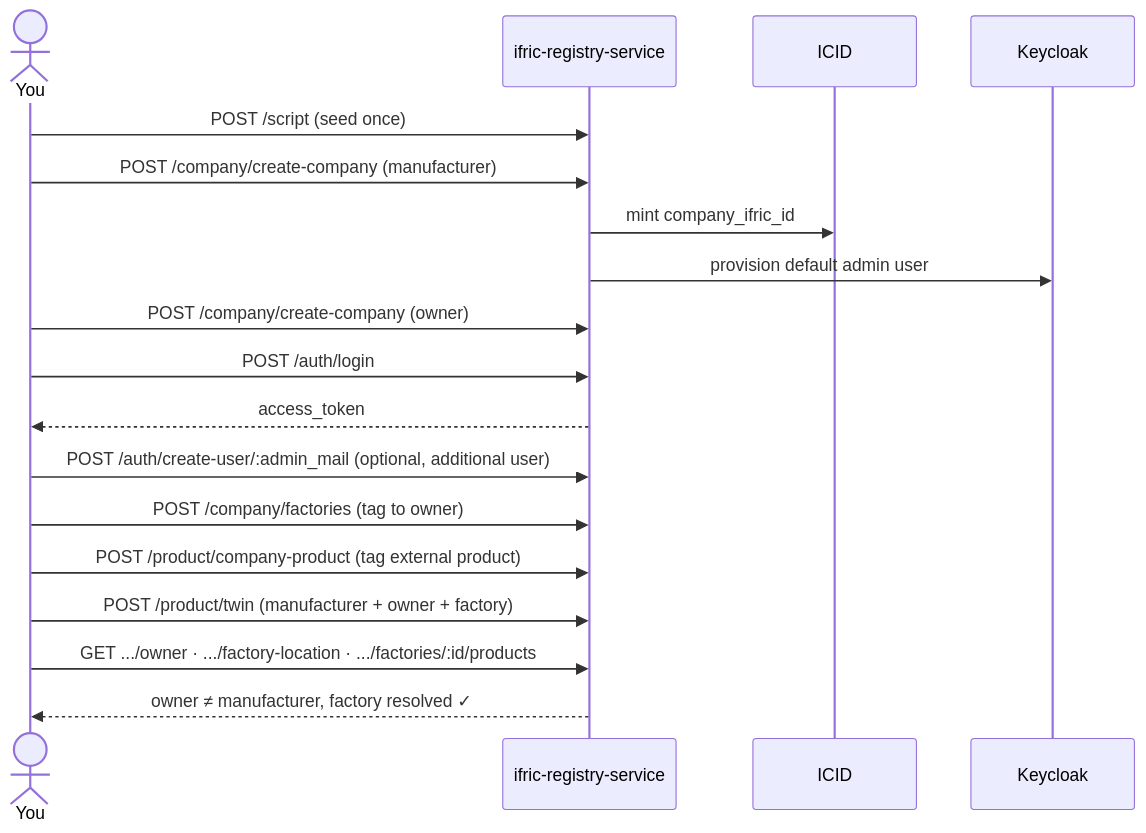
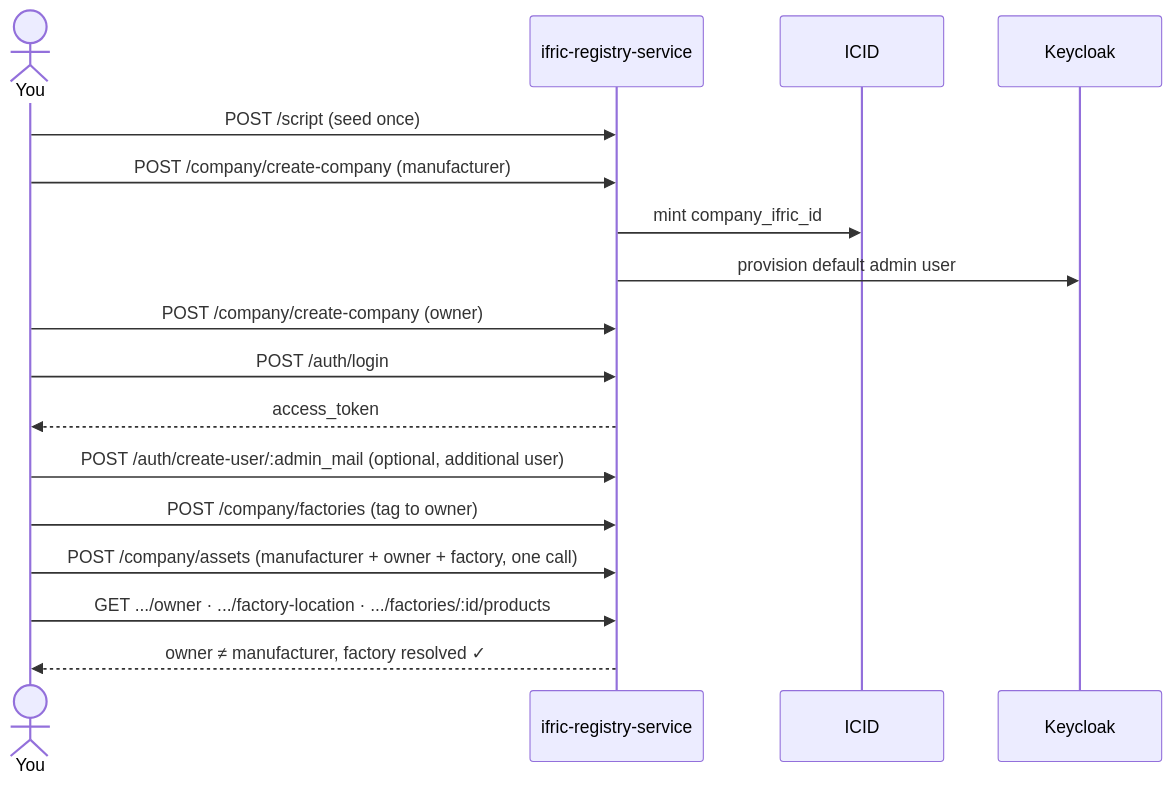
The diagram in README.md (IndustryFusion/ifric-registry-service-oss), drawn with Mermaid before and after one commit. The commit also changed other lines of this file and 35 other files, not shown here.

````diff
--- a/README.md
+++ b/README.md
@@ -125,21 +132,20 @@
 ```mermaid
 sequenceDiagram
     actor You
     participant App as ifric-registry-service
     participant ICID
     participant Keycloak
 
     You->>App: POST /script (seed once)
     You->>App: POST /company/create-company (manufacturer)
     App->>ICID: mint company_ifric_id
     App->>Keycloak: provision default admin user
     You->>App: POST /company/create-company (owner)
     You->>App: POST /auth/login
     App-->>You: access_token
     You->>App: POST /auth/create-user/:admin_mail (optional, additional user)
     You->>App: POST /company/factories (tag to owner)
-    You->>App: POST /product/company-product (tag external product)
-    You->>App: POST /product/twin (manufacturer + owner + factory)
+    You->>App: POST /company/assets (manufacturer + owner + factory, one call)
     You->>App: GET .../owner · .../factory-location · .../factories/:id/products
     App-->>You: owner ≠ manufacturer, factory resolved ✓
 ```
````
